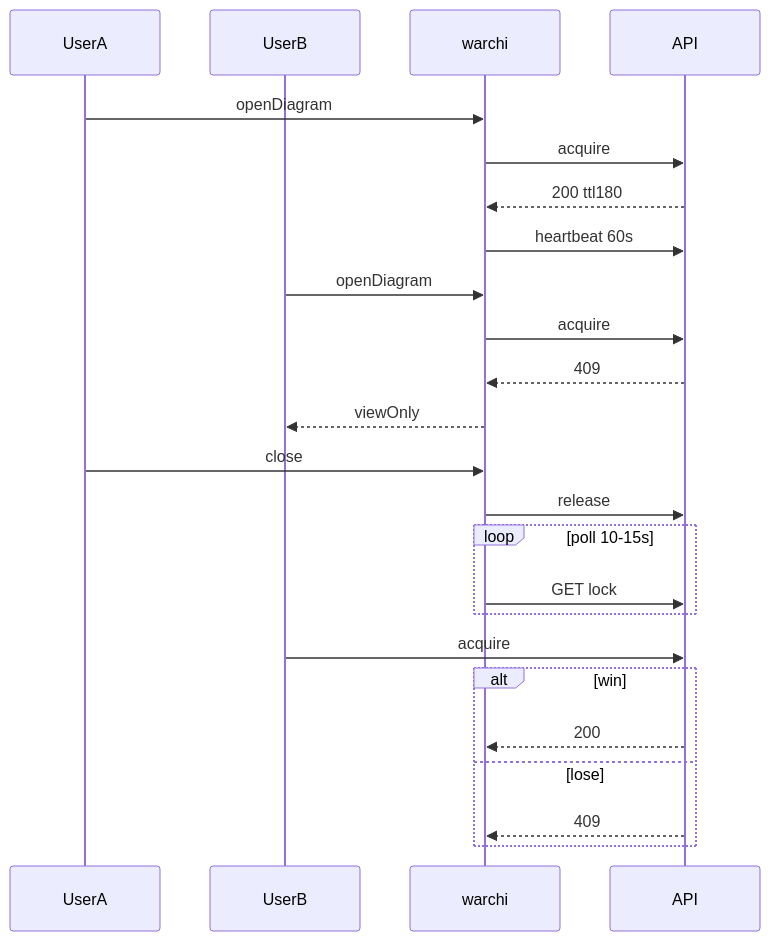
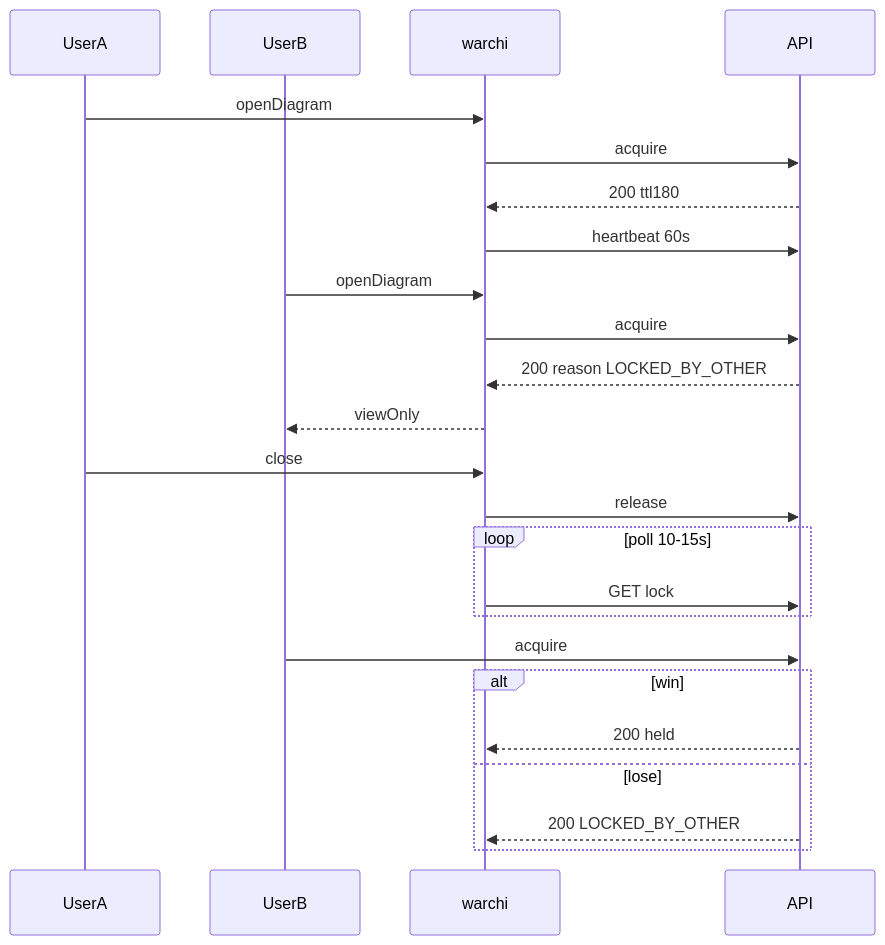
One commit to satellite13/warchi changed the diagram in docs/plans/diagram-edit-locks.md. Above: the diagram before and after it, drawn with Mermaid. The commit also changed other lines of this file and 7 other files, not shown here.

First line of the commit message:
feat(models): блокировка диаграммы — обновление с сервера и UI

````diff
--- a/docs/plans/diagram-edit-locks.md
+++ b/docs/plans/diagram-edit-locks.md
@@ -63,29 +63,29 @@
 ```mermaid
 sequenceDiagram
   participant A as UserA
   participant B as UserB
   participant FE as warchi
   participant BE as API
 
   A->>FE: openDiagram
   FE->>BE: acquire
   BE-->>FE: 200 ttl180
   FE->>BE: heartbeat 60s
 
   B->>FE: openDiagram
   FE->>BE: acquire
-  BE-->>FE: 409
+  BE-->>FE: 200 reason LOCKED_BY_OTHER
   FE-->>B: viewOnly
 
   A->>FE: close
   FE->>BE: release
   loop poll 10-15s
     FE->>BE: GET lock
   end
   B->>BE: acquire
   alt win
-    BE-->>FE: 200
+    BE-->>FE: 200 held
   else lose
-    BE-->>FE: 409
+    BE-->>FE: 200 LOCKED_BY_OTHER
   end
 ```
````
